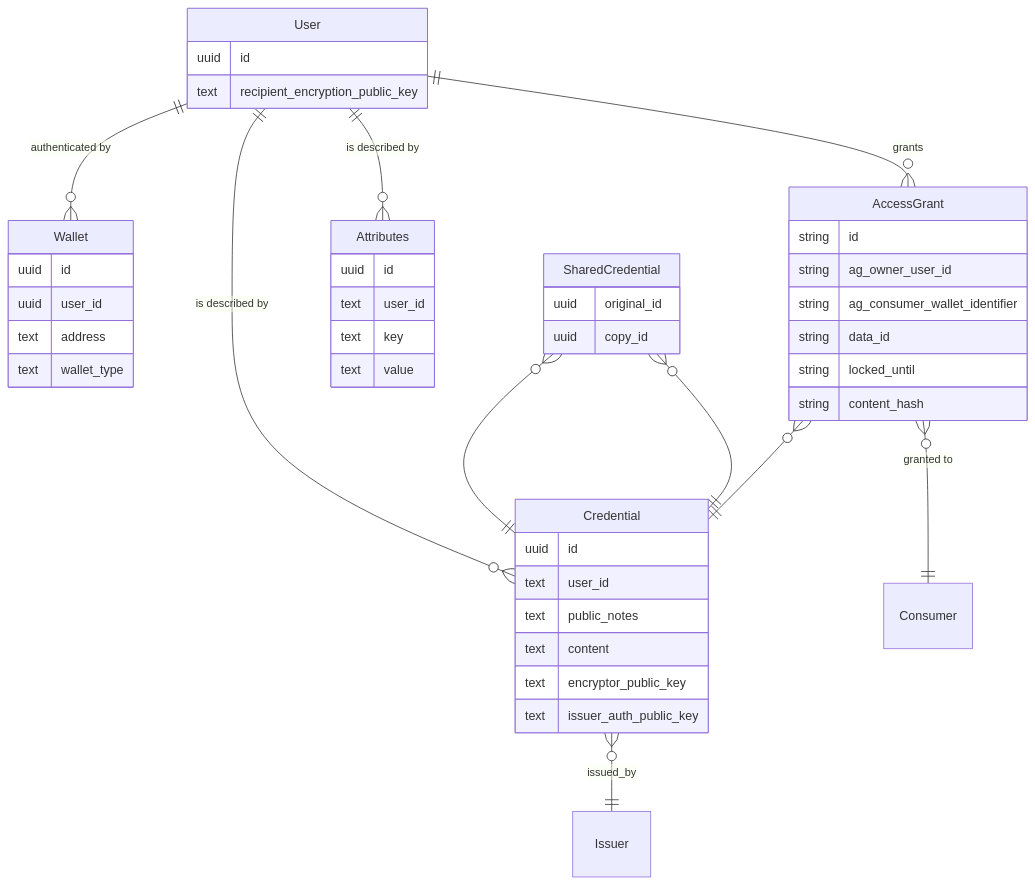
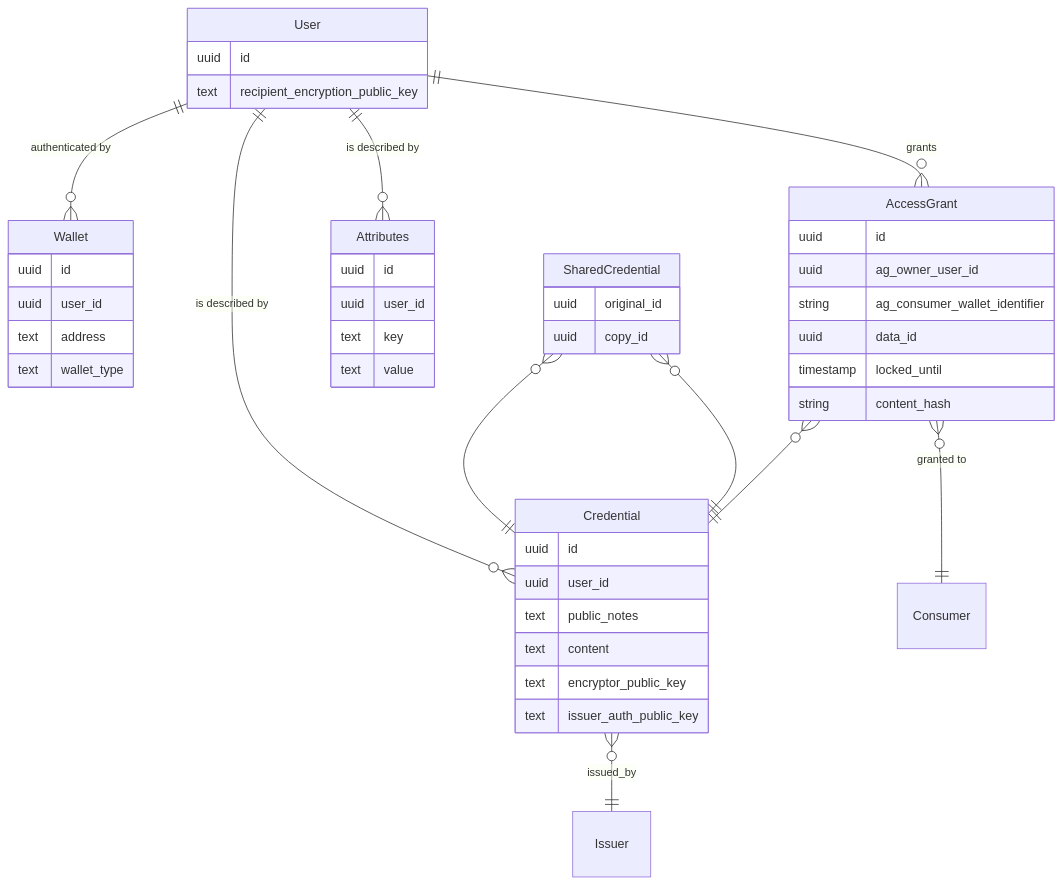
One commit to idos-network/idos-sdk-js changed the diagram in docs/README.md. Above: the diagram before and after it, drawn with Mermaid.

Commit message:
Fix data types

````diff
--- a/docs/README.md
+++ b/docs/README.md
@@ -31,49 +31,49 @@
 ```mermaid
 erDiagram
     User {
         uuid id
         text recipient_encryption_public_key
     }
     Wallet {
         uuid id
         uuid user_id
         text address
         text wallet_type
     }
     Credential {
         uuid id
-        text user_id
+        uuid user_id
         text public_notes
         text content
         text encryptor_public_key
         text issuer_auth_public_key
     }
     Attributes {
         uuid id
-        text user_id
+        uuid user_id
         text key
         text value
     }
     AccessGrant {
-        string id
-        string ag_owner_user_id
+        uuid id
+        uuid ag_owner_user_id
         string ag_consumer_wallet_identifier
-        string data_id
-        string locked_until
+        uuid data_id
+        timestamp locked_until
         string content_hash
     }
     SharedCredential {
         uuid original_id
         uuid copy_id
     }
 
     User ||--o{ Wallet : "authenticated by"
     User ||--o{ Credential : "is described by"
     User ||--o{ Attributes : "is described by"
     User ||--o{ AccessGrant : grants
     Credential }o--|| Issuer : issued_by
     AccessGrant }o--|| Credential : ""
     AccessGrant }o--|| Consumer: "granted to"
     SharedCredential }o--|| Credential : ""
     SharedCredential }o--|| Credential : ""
 ```
````
